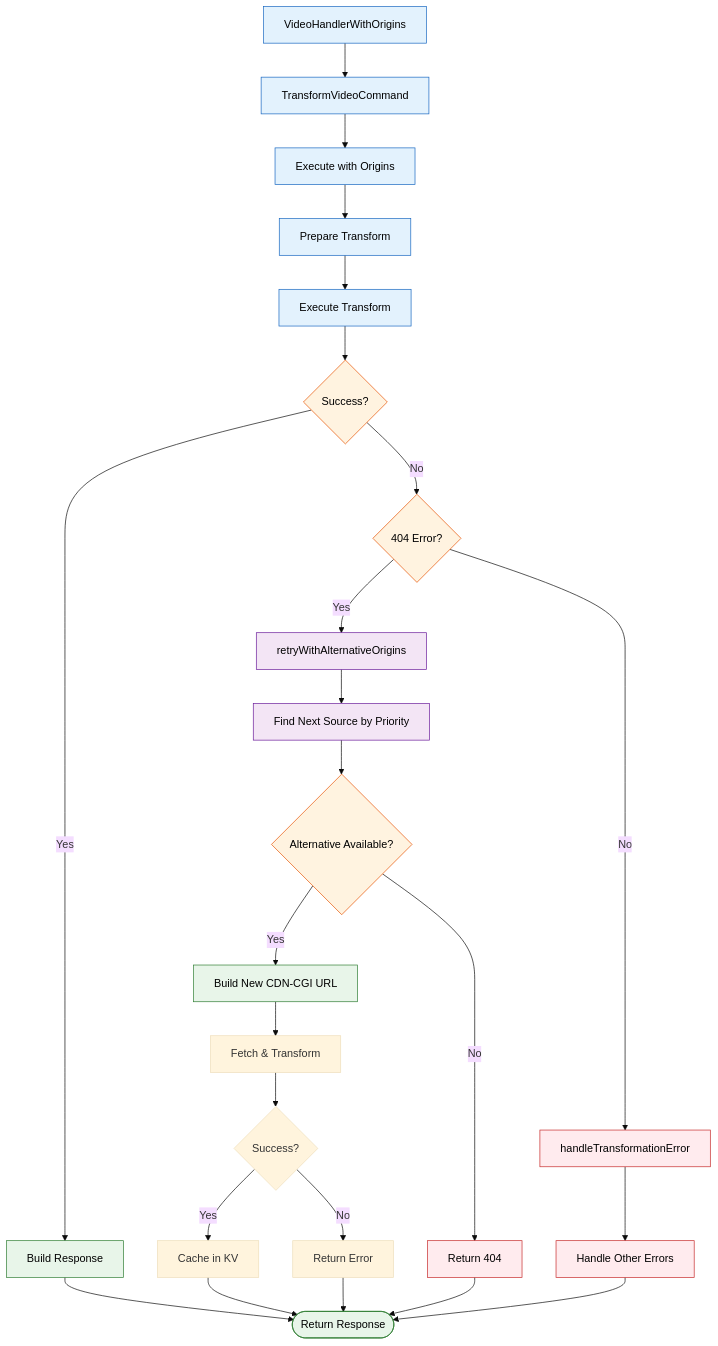
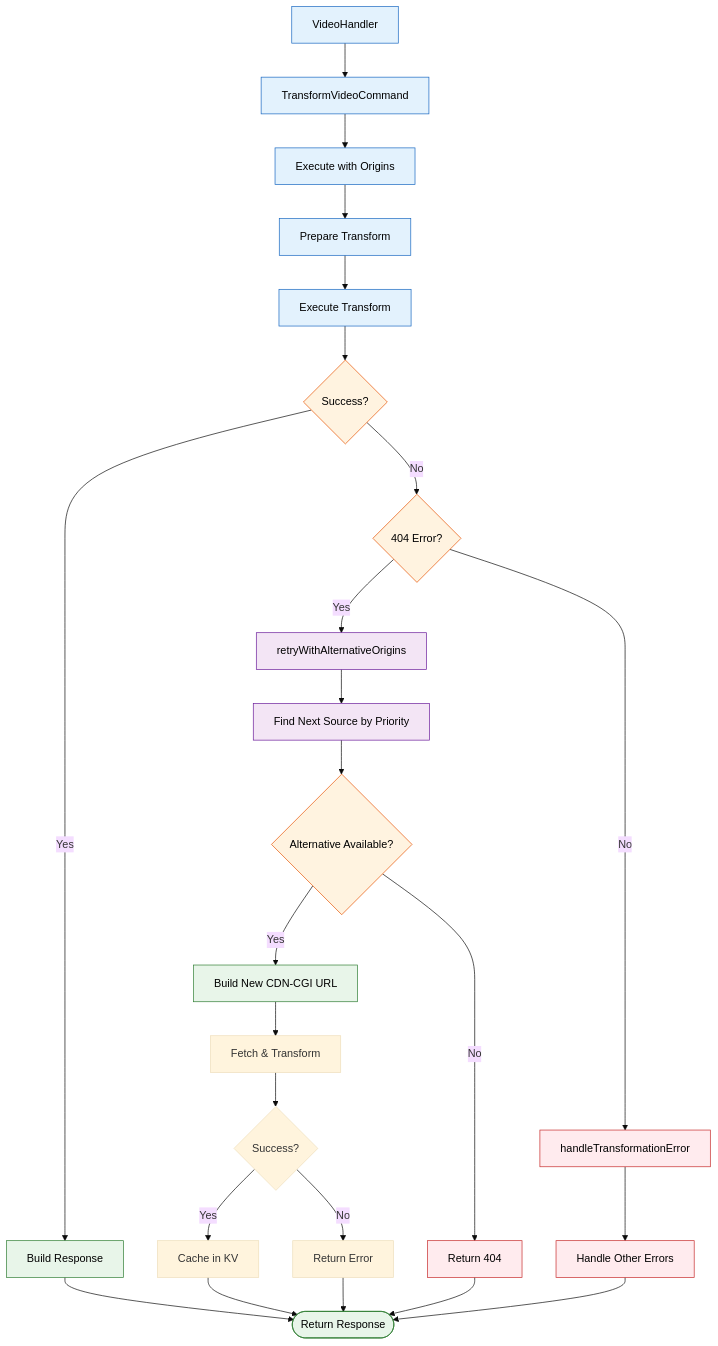
Before and after one commit to erfianugrah/video-resizer: the fifth of 16 diagrams in README.md, drawn with Mermaid (base theme). The commit also changed other lines of this file and 26 other files, not shown here.

````diff
--- a/README.md
+++ b/README.md
@@ -373,38 +379,38 @@
 ```mermaid
 flowchart TB
     %% Define node styles with high contrast colors
     classDef process fill:#E3F2FD,stroke:#1565C0,color:#000000;
     classDef decision fill:#FFF3E0,stroke:#E65100,color:#000000;
     classDef success fill:#E8F5E9,stroke:#2E7D32,color:#000000;
     classDef error fill:#FFEBEE,stroke:#C62828,color:#000000;
     classDef retry fill:#F3E5F5,stroke:#6A1B9A,color:#000000;
 
     %% Command flow with Origins
-    A[VideoHandlerWithOrigins] --> B[TransformVideoCommand]
+    A[VideoHandler] --> B[TransformVideoCommand]
     B --> C[Execute with Origins]
     C --> D[Prepare Transform]
     D --> E[Execute Transform]
     E --> F{Success?}
     F -->|Yes| G[Build Response]
     F -->|No| H{404 Error?}
     H -->|Yes| J[retryWithAlternativeOrigins]
     H -->|No| K[handleTransformationError]
     J --> L[Find Next Source by Priority]
     L --> M{Alternative Available?}
     M -->|Yes| N[Build New CDN-CGI URL]
     M -->|No| O[Return 404]
     N --> Q[Fetch & Transform]
     Q --> R{Success?}
     R -->|Yes| S[Cache in KV]
     R -->|No| T[Return Error]
     K --> P[Handle Other Errors]
     G & S & O & T & P --> I([Return Response])
 
     %% Apply styles
     class A,B,C,D,E process
     class F,H,M decision
     class G,N success
     class K,O,P error
     class J,L retry
     class I success
 ```
````
